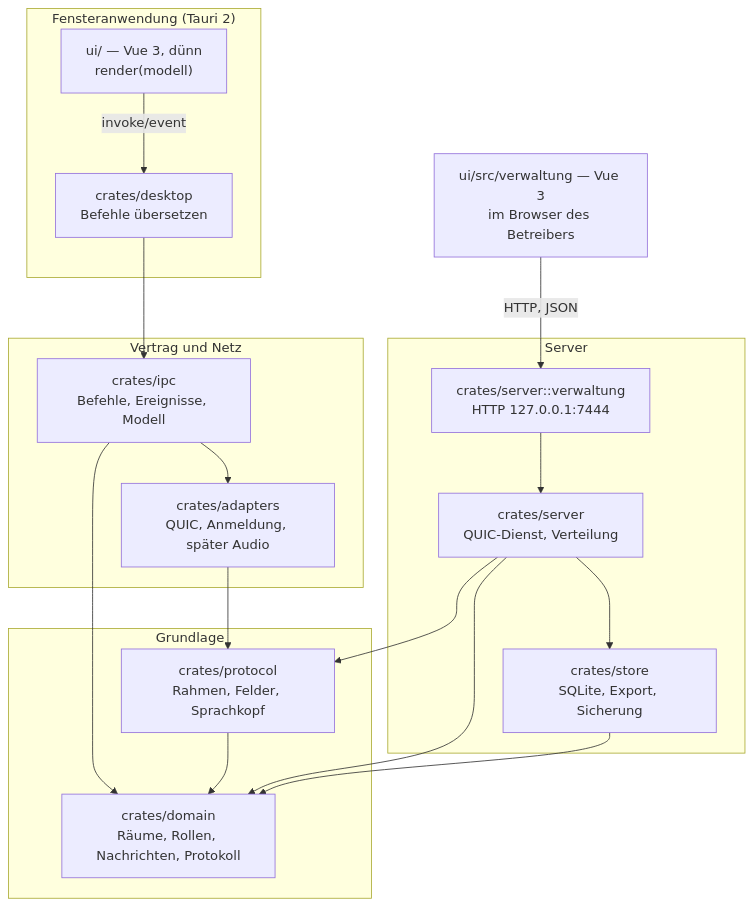
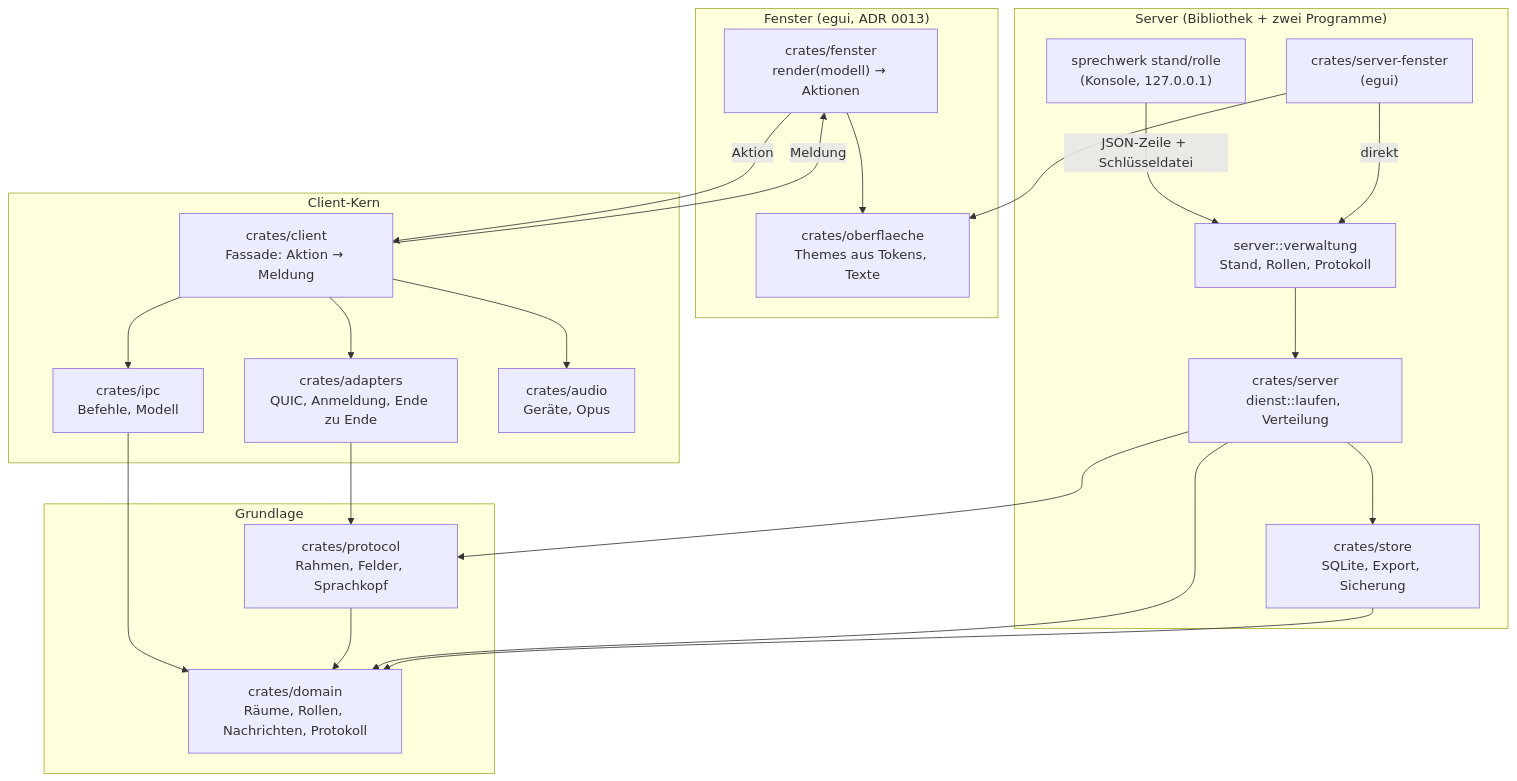
Before and after one commit to patimweb-labs/sprechwerk: the diagram in docs/architektur.md, drawn with Mermaid. The commit also changed other lines of this file and 41 other files, not shown here.

First line of the commit message:
docs: ADR 0013 (alles in Rust), README, SPEC, AGENTS und Bilder nachgezogen

````diff
--- a/docs/architektur.md
+++ b/docs/architektur.md
@@ -7,38 +7,45 @@
 ```mermaid
 flowchart TB
-    subgraph Client["Fensteranwendung (Tauri 2)"]
-        UI["ui/ — Vue 3, dünn<br/>render(modell)"]
-        DESK["crates/desktop<br/>Befehle übersetzen"]
+    subgraph Fenster["Fenster (egui, ADR 0013)"]
+        FEN["crates/fenster<br/>render(modell) → Aktionen"]
+        OB["crates/oberflaeche<br/>Themes aus Tokens, Texte"]
     end
 
-    subgraph Mitte["Vertrag und Netz"]
-        IPC["crates/ipc<br/>Befehle, Ereignisse, Modell"]
-        AD["crates/adapters<br/>QUIC, Anmeldung, später Audio"]
+    subgraph Kern["Client-Kern"]
+        CL["crates/client<br/>Fassade: Aktion → Meldung"]
+        IPC["crates/ipc<br/>Befehle, Modell"]
+        AD["crates/adapters<br/>QUIC, Anmeldung, Ende zu Ende"]
+        AU["crates/audio<br/>Geräte, Opus"]
     end
 
     subgraph Unten["Grundlage"]
         PROTO["crates/protocol<br/>Rahmen, Felder, Sprachkopf"]
         DOM["crates/domain<br/>Räume, Rollen, Nachrichten, Protokoll"]
     end
 
-    subgraph Server["Server"]
-        SRV["crates/server<br/>QUIC-Dienst, Verteilung"]
+    subgraph Server["Server (Bibliothek + zwei Programme)"]
+        SRV["crates/server<br/>dienst::laufen, Verteilung"]
+        VERW["server::verwaltung<br/>Stand, Rollen, Protokoll"]
         STORE["crates/store<br/>SQLite, Export, Sicherung"]
-        VERW["crates/server::verwaltung<br/>HTTP 127.0.0.1:7444"]
+        KONS["sprechwerk stand/rolle<br/>(Konsole, 127.0.0.1)"]
+        SFEN["crates/server-fenster<br/>(egui)"]
     end
 
-    BROWSER["ui/src/verwaltung — Vue 3<br/>im Browser des Betreibers"]
-
-    UI -->|invoke/event| DESK
-    DESK --> IPC
-    IPC --> AD
+    FEN --> OB
+    FEN -->|Aktion| CL
+    CL -->|Meldung| FEN
+    CL --> IPC
+    CL --> AD
+    CL --> AU
     IPC --> DOM
     AD --> PROTO
     PROTO --> DOM
     SRV --> PROTO
     SRV --> DOM
     SRV --> STORE
     STORE --> DOM
-    BROWSER -->|"HTTP, JSON"| VERW
+    KONS -->|"JSON-Zeile + Schlüsseldatei"| VERW
+    SFEN -->|direkt| VERW
+    SFEN --> OB
     VERW --> SRV
 ```
````
